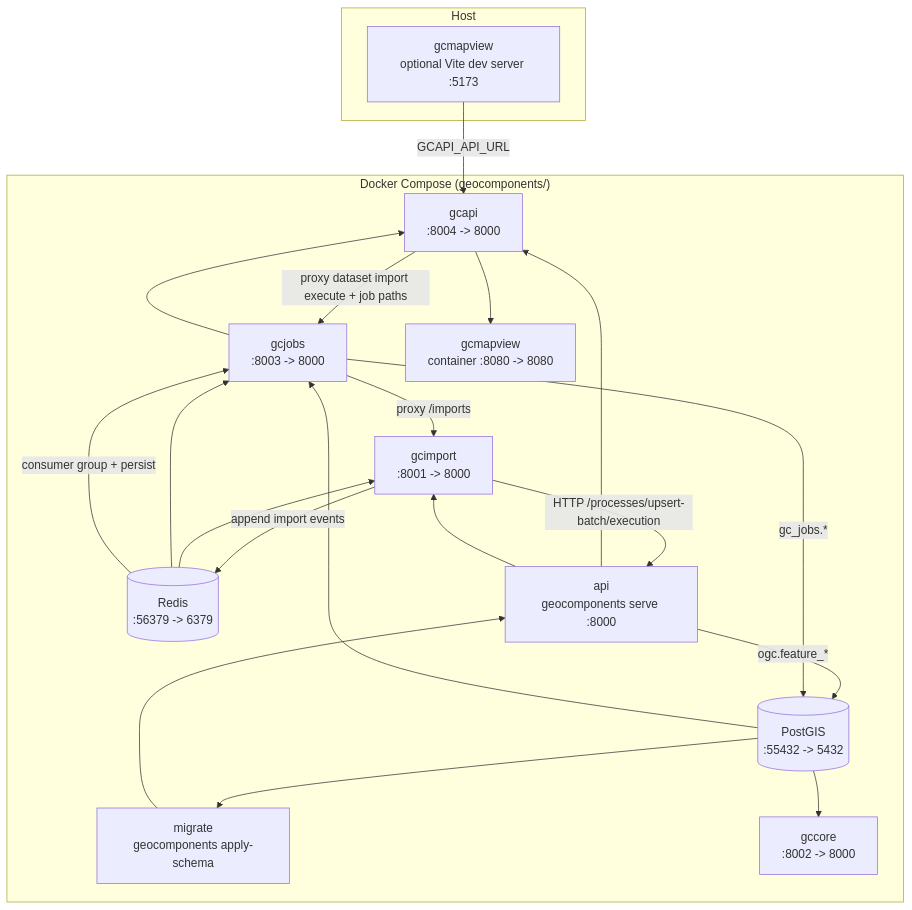
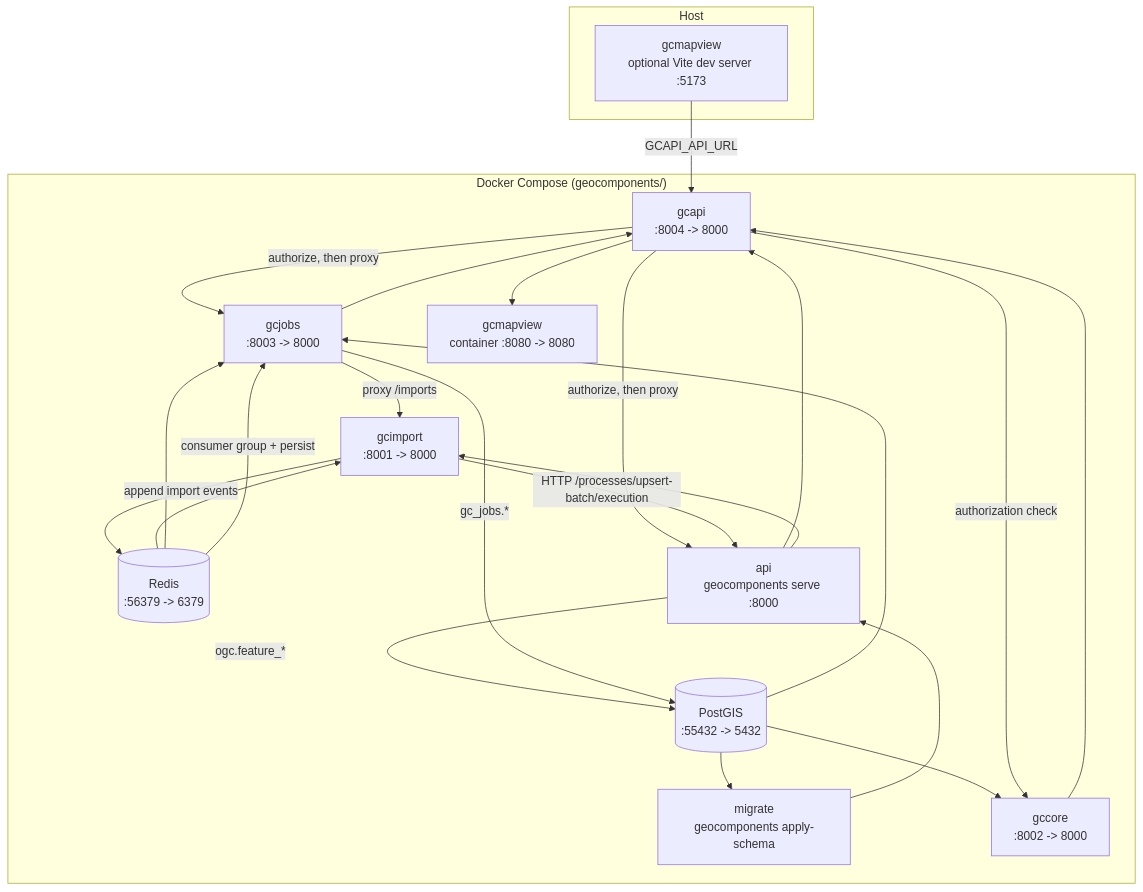
Before and after one commit to kartverket/topografisk-gdb-api: the second of 13 diagrams in docs/ARCHITECTURE.md, drawn with Mermaid. The commit also changed other lines of this file and 12 other files, not shown here.

First line of the commit message:
gcapi mock authorization (#102)

````diff
--- a/docs/ARCHITECTURE.md
+++ b/docs/ARCHITECTURE.md
@@ -62,37 +59,40 @@
 ```mermaid
 flowchart TB
   subgraph Host
     FEDEV["gcmapview<br/>optional Vite dev server :5173"]
   end
 
   subgraph "Docker Compose (geocomponents/)"
     DB[("PostGIS<br/>:55432 -> 5432")]
     REDIS[("Redis<br/>:56379 -> 6379")]
     MIG["migrate<br/>geocomponents apply-schema"]
     API["api<br/>geocomponents serve :8000"]
     GCAPI["gcapi<br/>:8004 -> 8000"]
     IMP["gcimport<br/>:8001 -> 8000"]
     CORE["gccore<br/>:8002 -> 8000"]
     JOBS["gcjobs<br/>:8003 -> 8000"]
     FE["gcmapview<br/>container :8080 -> 8080"]
 
     DB --> MIG --> API
     API --> GCAPI
+    CORE --> GCAPI
     API --> IMP
     DB --> CORE
     DB --> JOBS
     JOBS --> GCAPI
     REDIS --> IMP
     REDIS --> JOBS
     GCAPI --> FE
   end
 
   FEDEV -->|GCAPI_API_URL| GCAPI
-  GCAPI -->|proxy dataset import execute + job paths| JOBS
+  GCAPI -->|authorize, then proxy| JOBS
+  GCAPI -->|authorize, then proxy| API
+  GCAPI -->|authorization check| CORE
   JOBS -->|proxy /imports| IMP
   IMP -->|HTTP /processes/upsert-batch/execution| API
   IMP -->|append import events| REDIS
   REDIS -->|consumer group + persist| JOBS
   API -->|ogc.feature_*| DB
   JOBS -->|gc_jobs.*| DB
 ```
````
